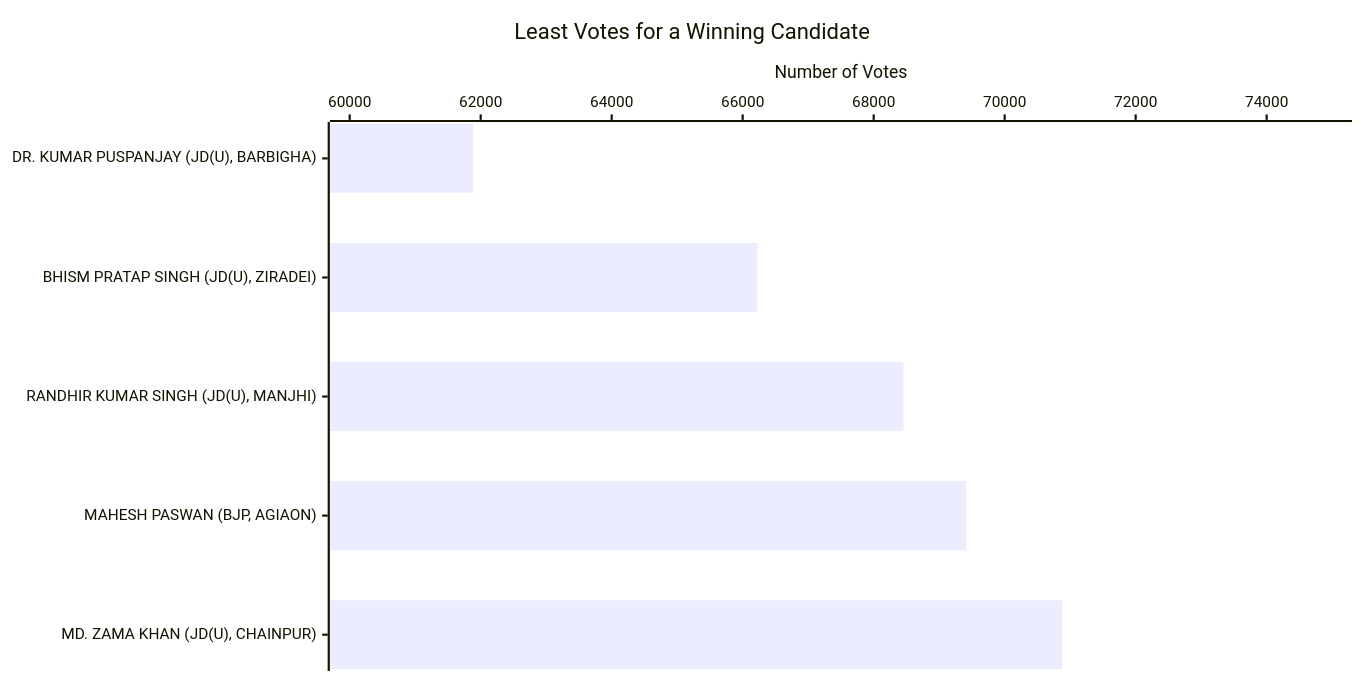
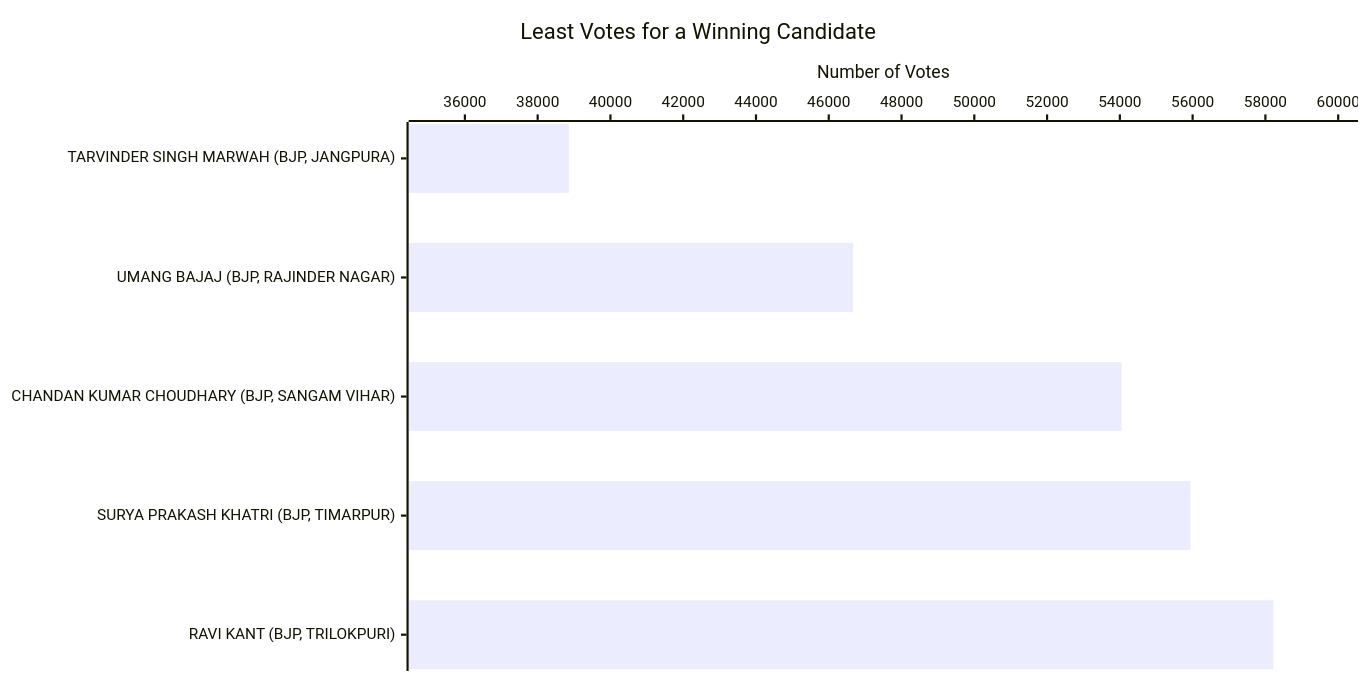
The third of 23 diagrams in BIHAR-GRAPH.md (arjunswaj/elections), drawn with Mermaid before and after one commit. The commit also changed other lines of this file and 9 other files, not shown here.

````diff
--- a/BIHAR-GRAPH.md
+++ b/BIHAR-GRAPH.md
@@ -93,17 +93,17 @@
 ```mermaid
 ---
 config:
     xyChart:
         width: 1200
         height: 600
         chartOrientation: horizontal
         dataLabels:
             enabled: true
             placement: end
 ---
 xychart-beta
     title "Least Votes for a Winning Candidate"
-    x-axis ["DR. KUMAR PUSPANJAY (JD(U), BARBIGHA)", "BHISM PRATAP SINGH (JD(U), ZIRADEI)", "RANDHIR KUMAR SINGH (JD(U), MANJHI)", "MAHESH PASWAN (BJP, AGIAON)", "MD. ZAMA KHAN (JD(U), CHAINPUR)"]
-    y-axis "Number of Votes" 60000 --> 75000
-    bar [61882, 66227, 68455, 69412, 70876]
+    x-axis ["TARVINDER SINGH MARWAH (BJP, JANGPURA)", "UMANG BAJAJ (BJP, RAJINDER NAGAR)", "CHANDAN KUMAR CHOUDHARY (BJP, SANGAM VIHAR)", "SURYA PRAKASH KHATRI (BJP, TIMARPUR)", "RAVI KANT (BJP, TRILOKPURI)"]
+    y-axis "Number of Votes" 35000 --> 60000
+    bar [38859, 46671, 54049, 55941, 58217]
 ```
````
